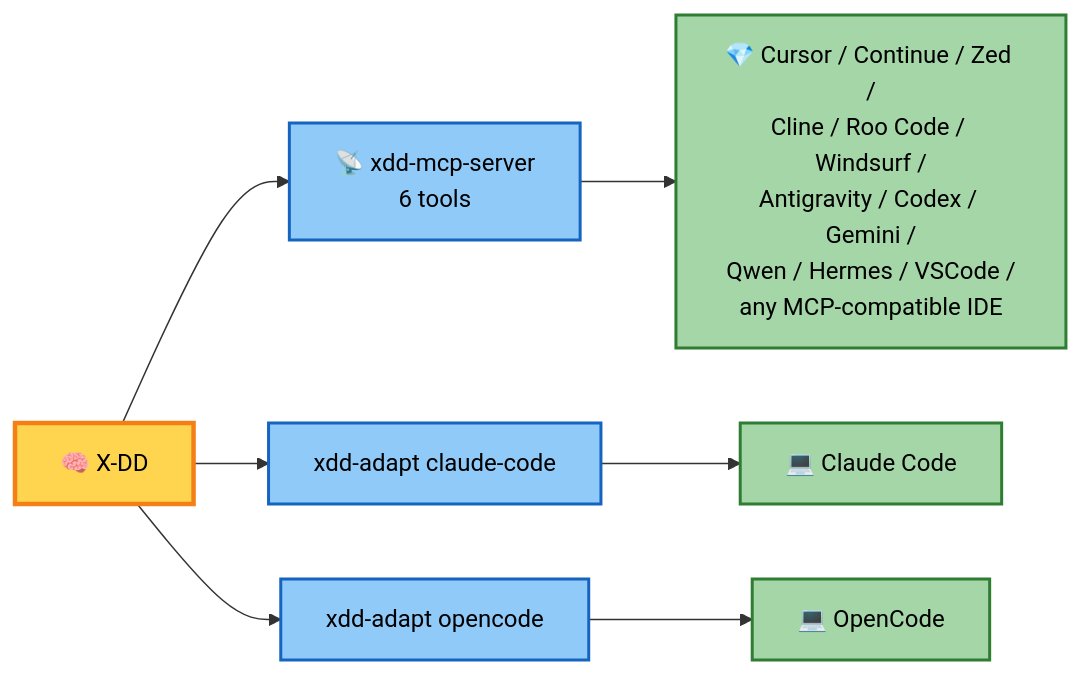
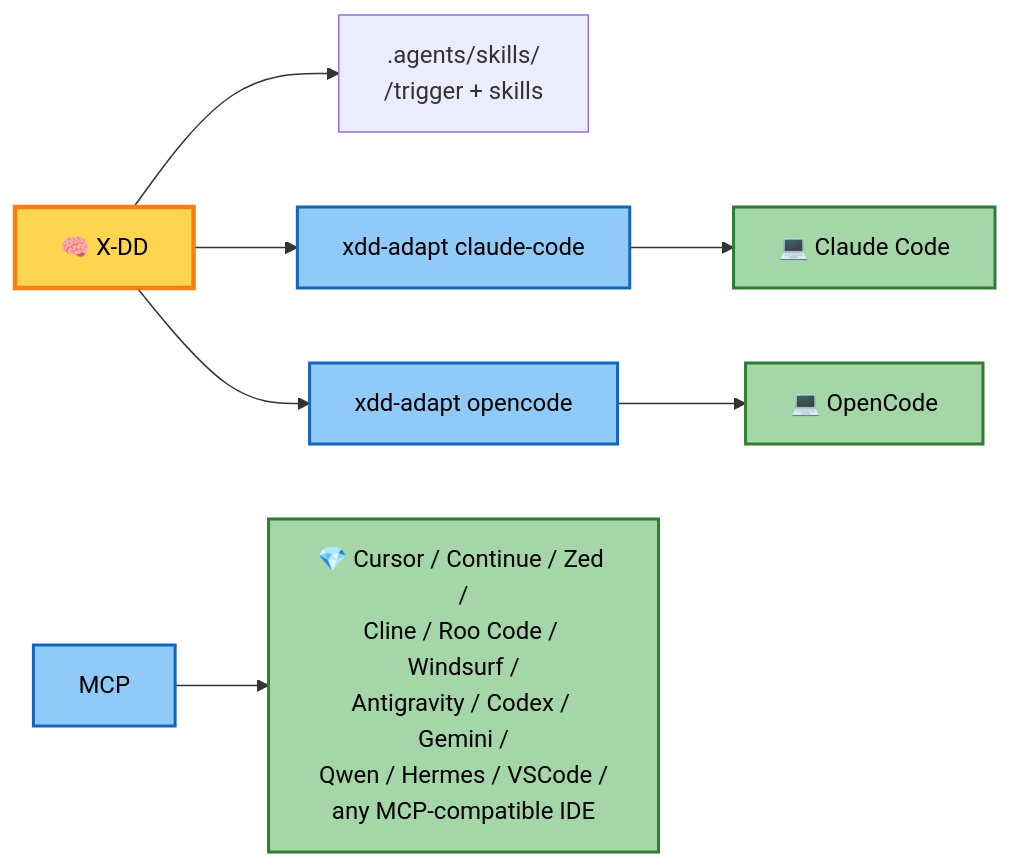
The eighth of 10 diagrams in README.en.md (Cucholambr3ta/x-dd), drawn with Mermaid before and after one commit. The commit also changed 4 other files, not shown here.

````diff
--- a/README.en.md
+++ b/README.en.md
@@ -334,18 +334,18 @@
 ```mermaid
 flowchart LR
-    XDD["🧠 X-DD"] --> MCP["📡 xdd-mcp-server<br/>6 tools"]
+    XDD["🧠 X-DD"] --> SK[".agents/skills/<br/>/trigger + skills"]
     XDD --> A1["xdd-adapt claude-code"]
     XDD --> A2["xdd-adapt opencode"]
 
     A1 --> CC["💻 Claude Code"]
     A2 --> OC["💻 OpenCode"]
 
     MCP --> IDES["💎 Cursor / Continue / Zed /<br/>Cline / Roo Code / Windsurf /<br/>Antigravity / Codex / Gemini /<br/>Qwen / Hermes / VSCode /<br/>any MCP-compatible IDE"]
 
     classDef core fill:#ffd54f,stroke:#f57f17,color:#000,stroke-width:3px
     classDef bridge fill:#90caf9,stroke:#1565c0,color:#000,stroke-width:2px
     classDef ide fill:#a5d6a7,stroke:#2e7d32,color:#000,stroke-width:2px
     class XDD core
     class MCP,A1,A2 bridge
     class CC,OC,IDES ide
 ```
````
